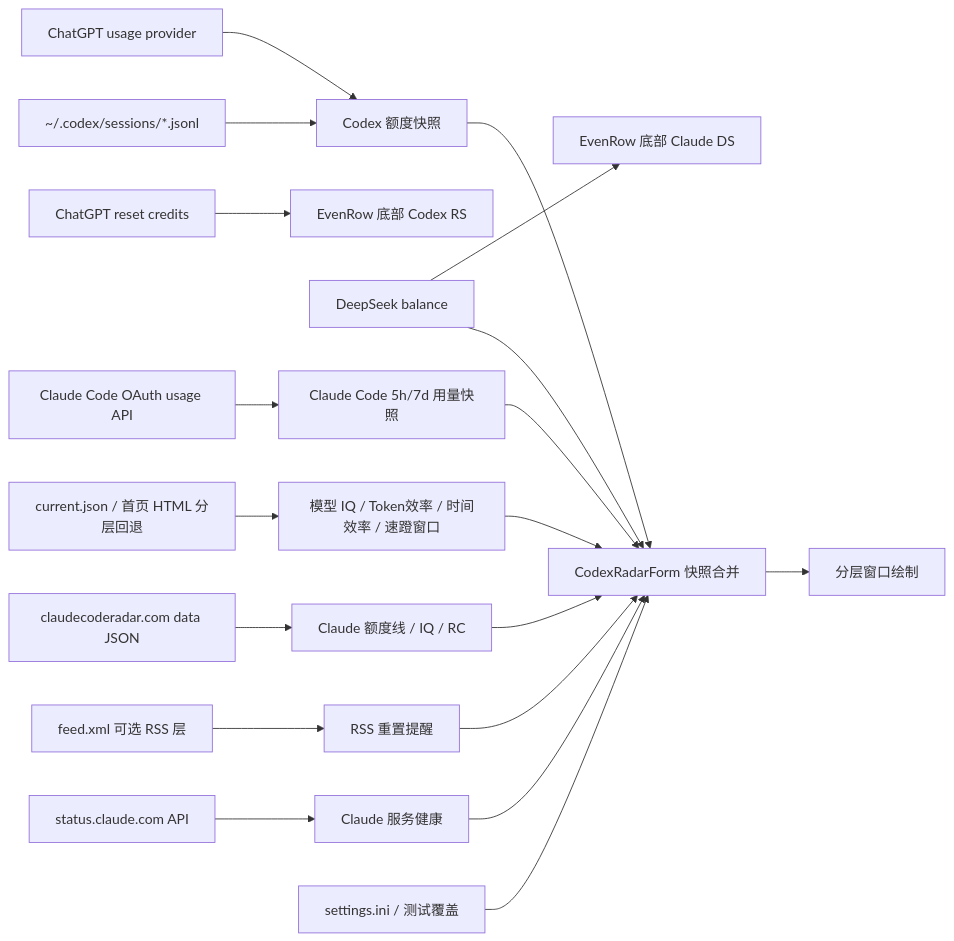
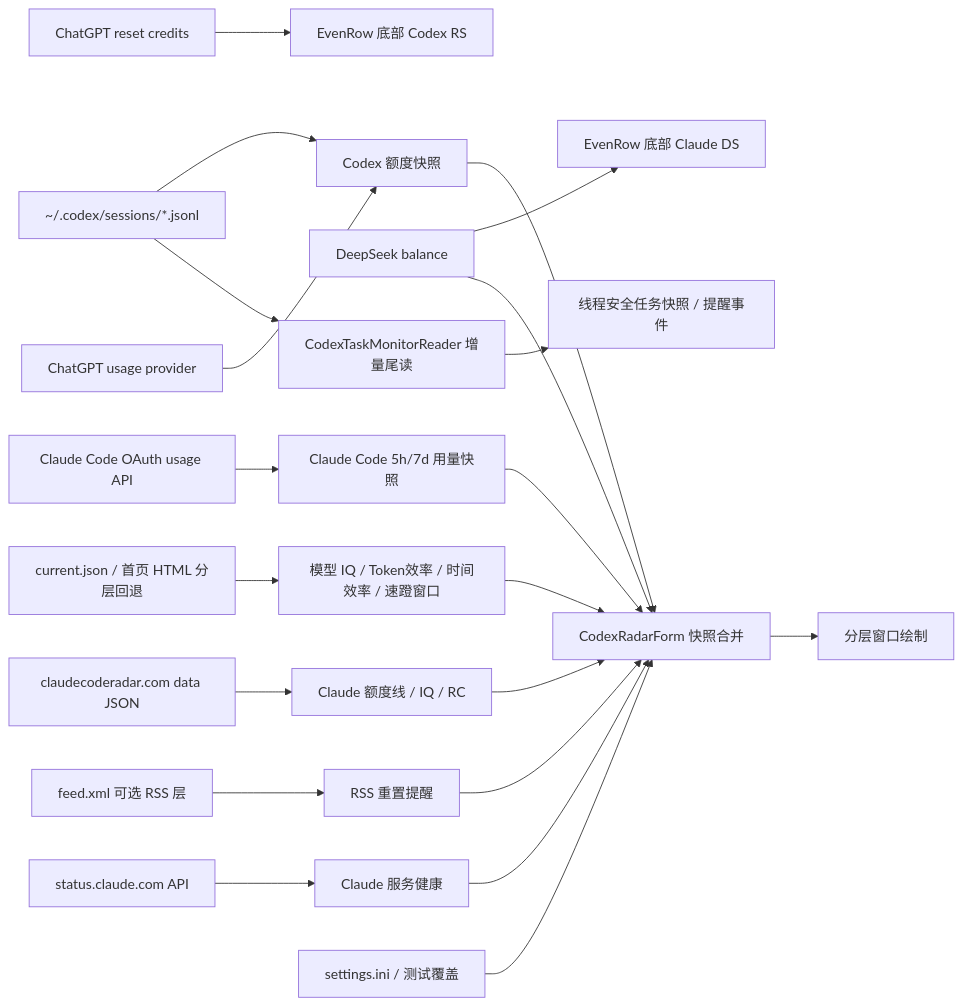
Before and after one commit to AFT-Sakee01/DesktopCodexAssistant: the diagram in Docs/CodexRadar-Architecture.md, drawn with Mermaid. The commit also changed other lines of this file and 64 other files, not shown here.

````diff
--- a/Docs/CodexRadar-Architecture.md
+++ b/Docs/CodexRadar-Architecture.md
@@ -31,21 +31,23 @@
 ```mermaid
 flowchart LR
     ChatGPTUsage["ChatGPT usage provider"] --> Quota["Codex 额度快照"]
     ResetCredits["ChatGPT reset credits"] --> BottomInfo["EvenRow 底部 Codex RS"]
     DeepSeek["DeepSeek balance"] --> BottomInfoClaude["EvenRow 底部 Claude DS"]
     Local["~/.codex/sessions/*.jsonl"] --> Quota
+    Local --> TaskReader["CodexTaskMonitorReader 增量尾读"]
+    TaskReader --> TaskSnapshot["线程安全任务快照 / 提醒事件"]
     ClaudeUsage["Claude Code OAuth usage API"] --> ClaudeQuota["Claude Code 5h/7d 用量快照"]
     Radar["current.json / 首页 HTML 分层回退"] --> Model["模型 IQ / Token效率 / 时间效率 / 速蹬窗口"]
     ClaudeRadarSite["claudecoderadar.com data JSON"] --> ClaudeRadarLine["Claude 额度线 / IQ / RC"]
     Feed["feed.xml 可选 RSS 层"] --> Reset["RSS 重置提醒"]
     Claude["status.claude.com API"] --> ClaudeHealth["Claude 服务健康"]
     Quota --> Merge["CodexRadarForm 快照合并"]
     ClaudeQuota --> Merge
     Model --> Merge
     ClaudeRadarLine --> Merge
     Reset --> Merge
     ClaudeHealth --> Merge
     DeepSeek --> Merge
     Settings["settings.ini / 测试覆盖"] --> Merge
     Merge --> Render["分层窗口绘制"]
 ```
````
